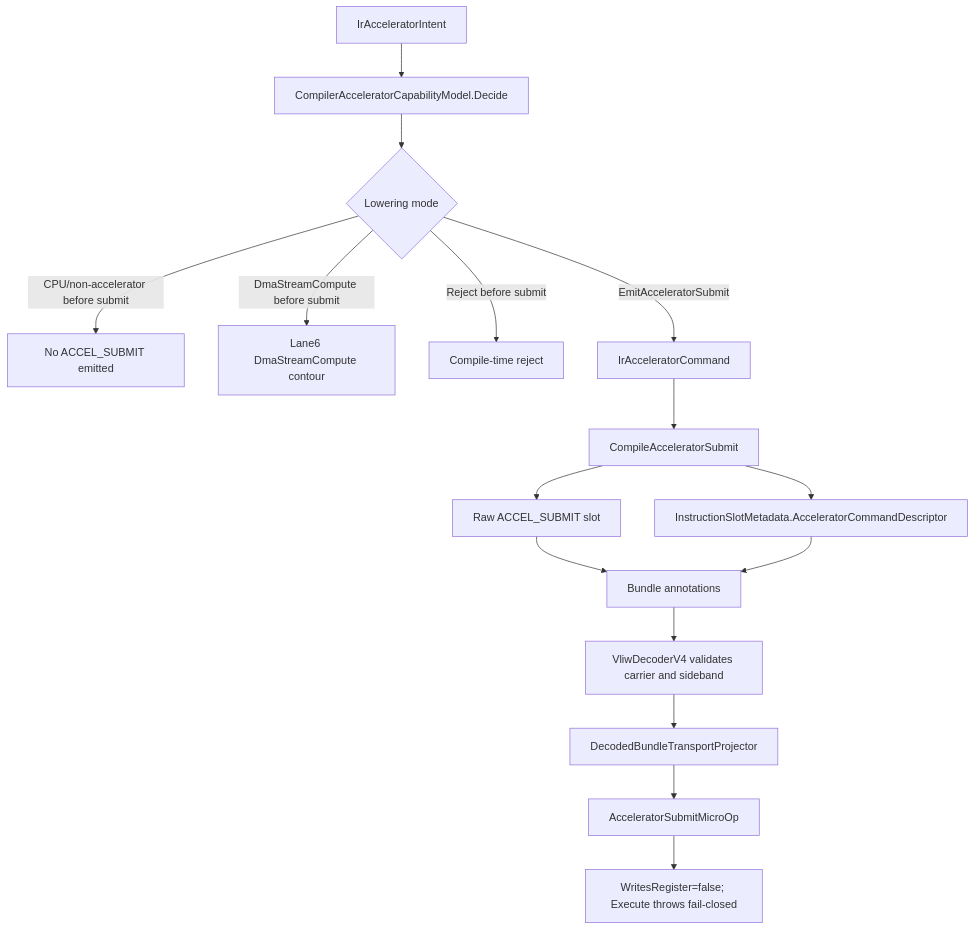
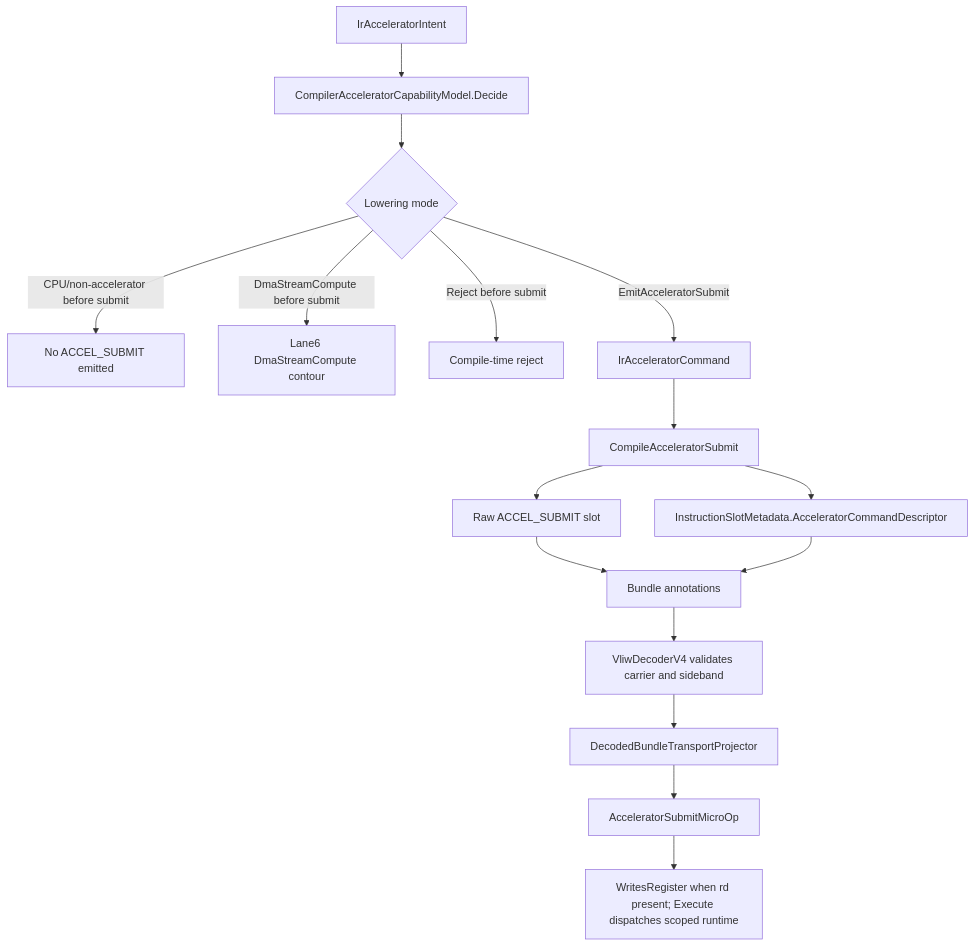
Before and after one commit to yuriyyak23/HybridCPU-v2: the diagram in Documentation/Stream WhiteBook/ExternalAccelerators/Diagrams/06_Compiler_To_ISE_Transport.md, drawn with Mermaid. The commit also changed other lines of this file and 1360 other files, not shown here.

````diff
--- a/Documentation/Stream WhiteBook/ExternalAccelerators/Diagrams/06_Compiler_To_ISE_Transport.md
+++ b/Documentation/Stream WhiteBook/ExternalAccelerators/Diagrams/06_Compiler_To_ISE_Transport.md
@@ -7,18 +8,18 @@
 ```mermaid
 flowchart TD
     A["IrAcceleratorIntent"] --> B["CompilerAcceleratorCapabilityModel.Decide"]
     B --> C{"Lowering mode"}
     C -- "CPU/non-accelerator before submit" --> D["No ACCEL_SUBMIT emitted"]
     C -- "DmaStreamCompute before submit" --> E["Lane6 DmaStreamCompute contour"]
     C -- "Reject before submit" --> F["Compile-time reject"]
     C -- "EmitAcceleratorSubmit" --> G["IrAcceleratorCommand"]
     G --> H["CompileAcceleratorSubmit"]
     H --> I["Raw ACCEL_SUBMIT slot"]
     H --> J["InstructionSlotMetadata.AcceleratorCommandDescriptor"]
     I --> K["Bundle annotations"]
     J --> K
     K --> L["VliwDecoderV4 validates carrier and sideband"]
     L --> M["DecodedBundleTransportProjector"]
     M --> N["AcceleratorSubmitMicroOp"]
-    N --> O["WritesRegister=false; Execute throws fail-closed"]
+    N --> O["WritesRegister when rd present; Execute dispatches scoped runtime"]
 ```
````
